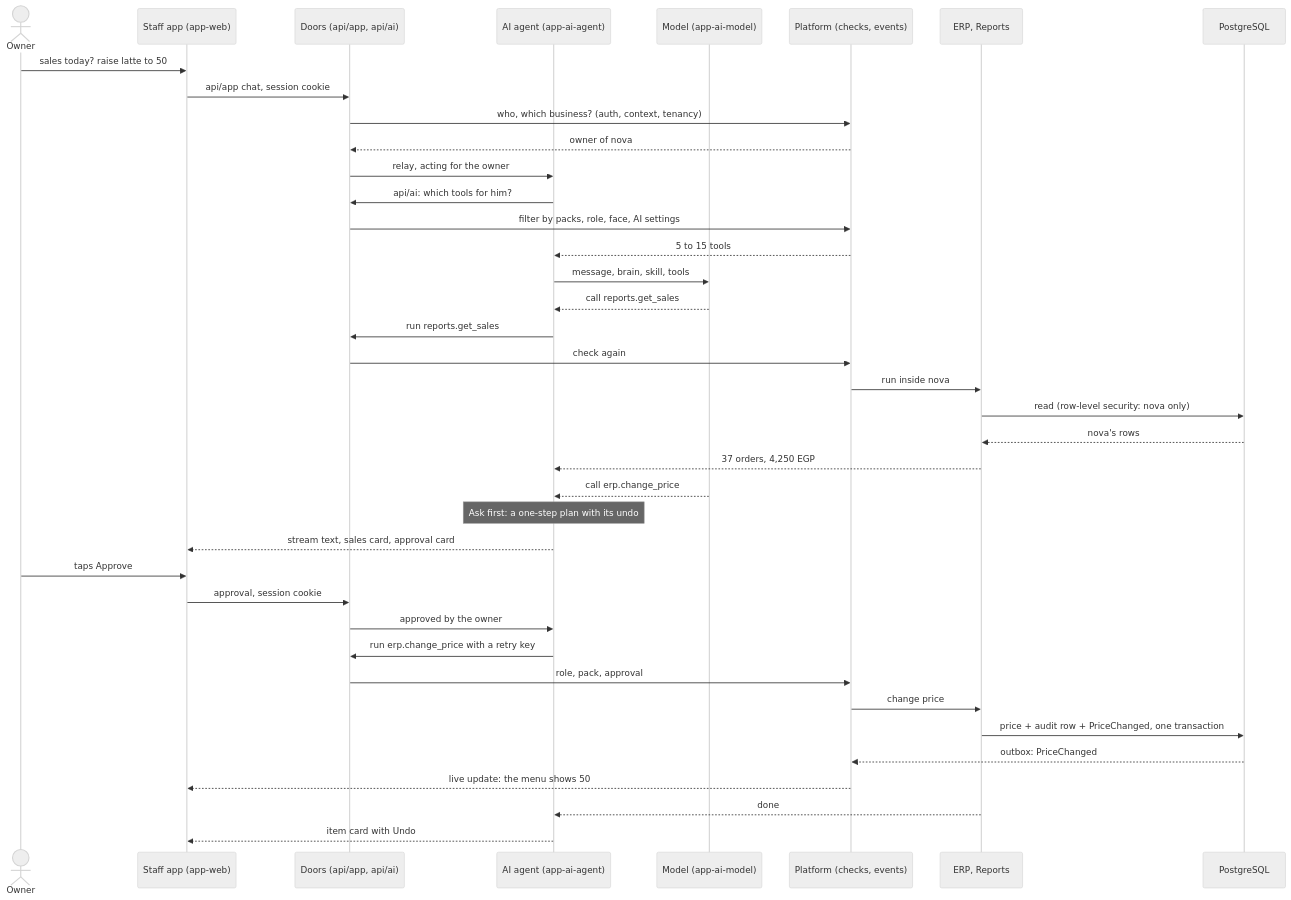
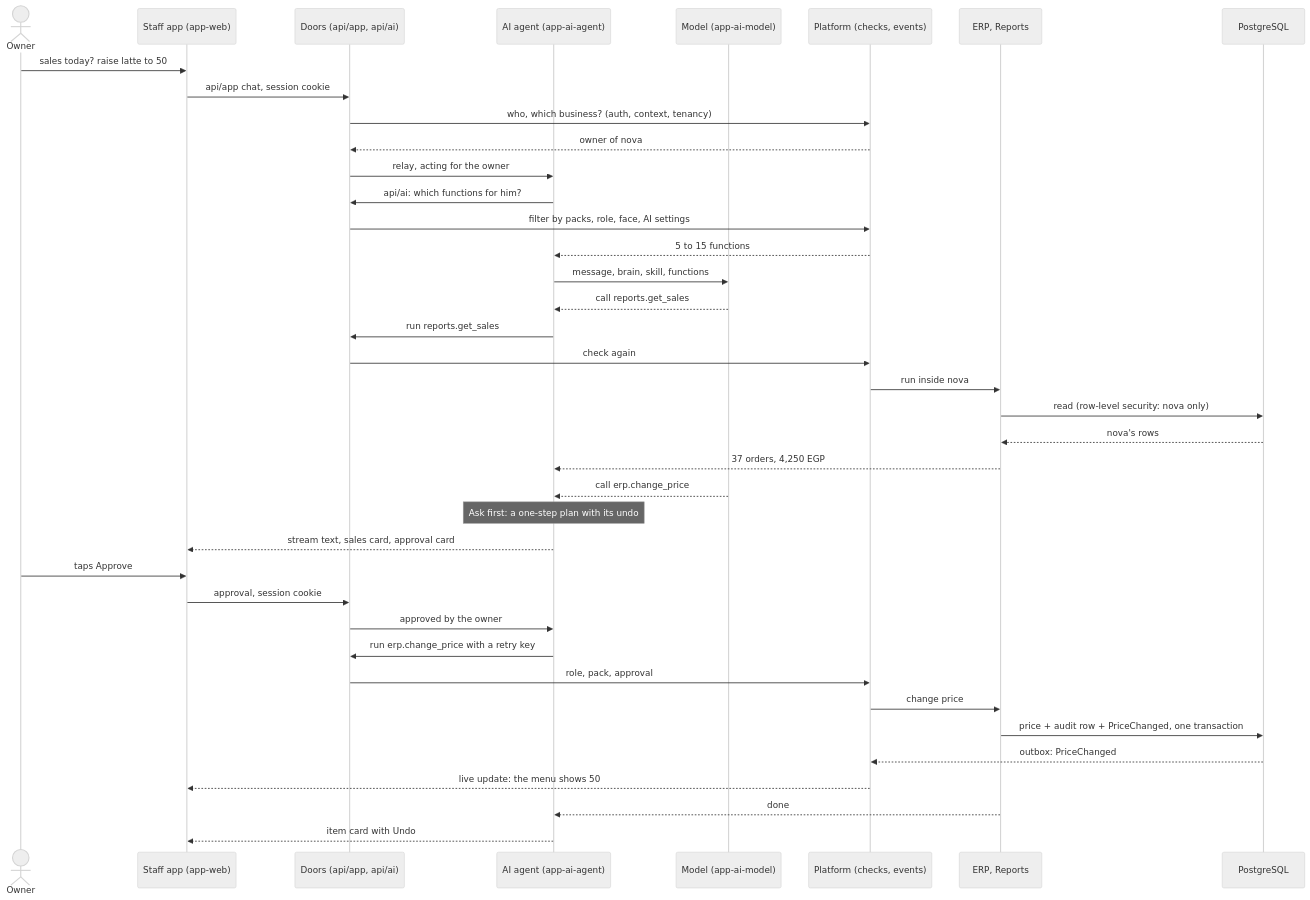
One commit to puagraduationproject/graduationproject changed the fourth of 11 diagrams in technical-structure.md. Above: the diagram before and after it, drawn with Mermaid (neutral theme). The commit also changed other lines of this file and 2 other files, not shown here.

Commit message:
Design: tools are now called functions

````diff
--- a/technical-structure.md
+++ b/technical-structure.md
@@ -448,42 +451,42 @@
 ```mermaid
 sequenceDiagram
   actor A as Owner
   participant W as Staff app (app-web)
   participant D as Doors (api/app, api/ai)
   participant G as AI agent (app-ai-agent)
   participant M as Model (app-ai-model)
   participant P as Platform (checks, events)
   participant B as ERP, Reports
   participant DB as PostgreSQL
 
   A->>W: sales today? raise latte to 50
   W->>D: api/app chat, session cookie
   D->>P: who, which business? (auth, context, tenancy)
   P-->>D: owner of nova
   D->>G: relay, acting for the owner
-  G->>D: api/ai: which tools for him?
+  G->>D: api/ai: which functions for him?
   D->>P: filter by packs, role, face, AI settings
-  P-->>G: 5 to 15 tools
-  G->>M: message, brain, skill, tools
+  P-->>G: 5 to 15 functions
+  G->>M: message, brain, skill, functions
   M-->>G: call reports.get_sales
   G->>D: run reports.get_sales
   D->>P: check again
   P->>B: run inside nova
   B->>DB: read (row-level security: nova only)
   DB-->>B: nova's rows
   B-->>G: 37 orders, 4,250 EGP
   M-->>G: call erp.change_price
   Note over G: Ask first: a one-step plan with its undo
   G-->>W: stream text, sales card, approval card
   A->>W: taps Approve
   W->>D: approval, session cookie
   D->>G: approved by the owner
   G->>D: run erp.change_price with a retry key
   D->>P: role, pack, approval
   P->>B: change price
   B->>DB: price + audit row + PriceChanged, one transaction
   DB-->>P: outbox: PriceChanged
   P-->>W: live update: the menu shows 50
   B-->>G: done
   G-->>W: item card with Undo
 ```
````
